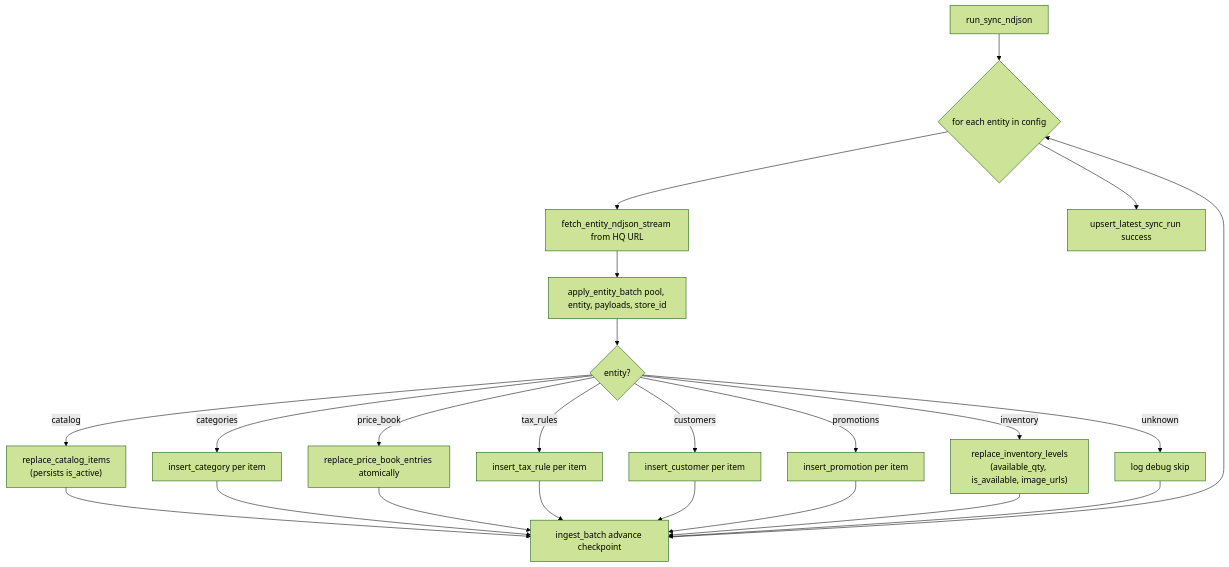
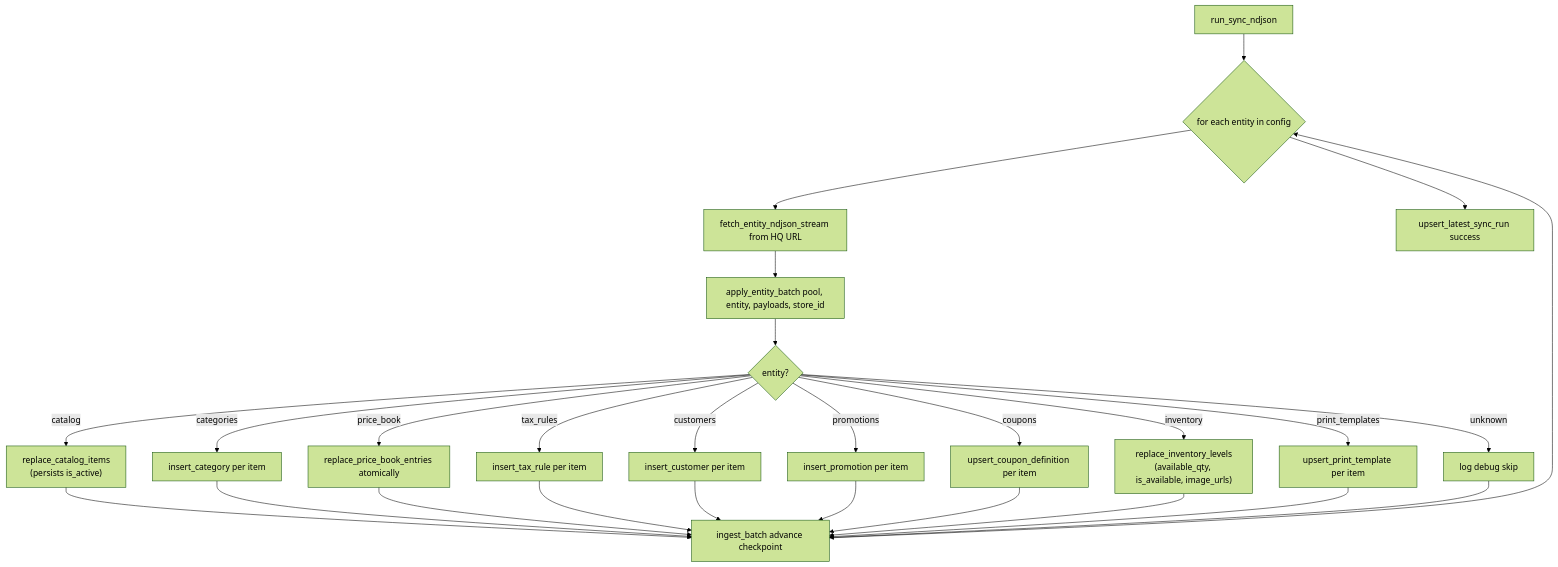
The eighth of 22 diagrams in docs/architecture/README.md (AncientiCe/apex-edge), drawn with Mermaid (forest theme) before and after one commit. The commit also changed other lines of this file and 26 other files, not shown here.

Commit message:
Implement coupon definition persistence and promo wiring across domain, API, storage, and sync, and add a fake HQ tool with routes/tests to exercise order and sync behavior end-to-end.

````diff
--- a/docs/architecture/README.md
+++ b/docs/architecture/README.md
@@ -256,25 +256,29 @@
 ```mermaid
 flowchart TB
     RunSync[run_sync_ndjson] --> ForEntity{for each entity in config}
     ForEntity --> Fetch[fetch_entity_ndjson_stream from HQ URL]
     Fetch --> Apply[apply_entity_batch pool, entity, payloads, store_id]
     Apply --> EntitySwitch{entity?}
     EntitySwitch -->|catalog| InsertCatalogItems["replace_catalog_items\n(persists is_active)"]
     EntitySwitch -->|categories| InsertCategory[insert_category per item]
     EntitySwitch -->|price_book| ReplacePriceBook[replace_price_book_entries atomically]
     EntitySwitch -->|tax_rules| InsertTaxRule[insert_tax_rule per item]
     EntitySwitch -->|customers| InsertCustomer[insert_customer per item]
     EntitySwitch -->|promotions| InsertPromotion[insert_promotion per item]
+    EntitySwitch -->|coupons| UpsertCoupon[upsert_coupon_definition per item]
     EntitySwitch -->|inventory| ReplaceInventory["replace_inventory_levels\n(available_qty, is_available, image_urls)"]
+    EntitySwitch -->|print_templates| UpsertPrintTemplate[upsert_print_template per item]
     EntitySwitch -->|unknown| SkipLog[log debug skip]
     InsertCatalogItems --> Ingest[ingest_batch advance checkpoint]
     InsertCategory --> Ingest
     ReplacePriceBook --> Ingest
     InsertTaxRule --> Ingest
     InsertCustomer --> Ingest
     InsertPromotion --> Ingest
+    UpsertCoupon --> Ingest
     ReplaceInventory --> Ingest
+    UpsertPrintTemplate --> Ingest
     SkipLog --> Ingest
     Ingest --> ForEntity
     ForEntity --> UpdateStatus[upsert_latest_sync_run success]
 ```
````
